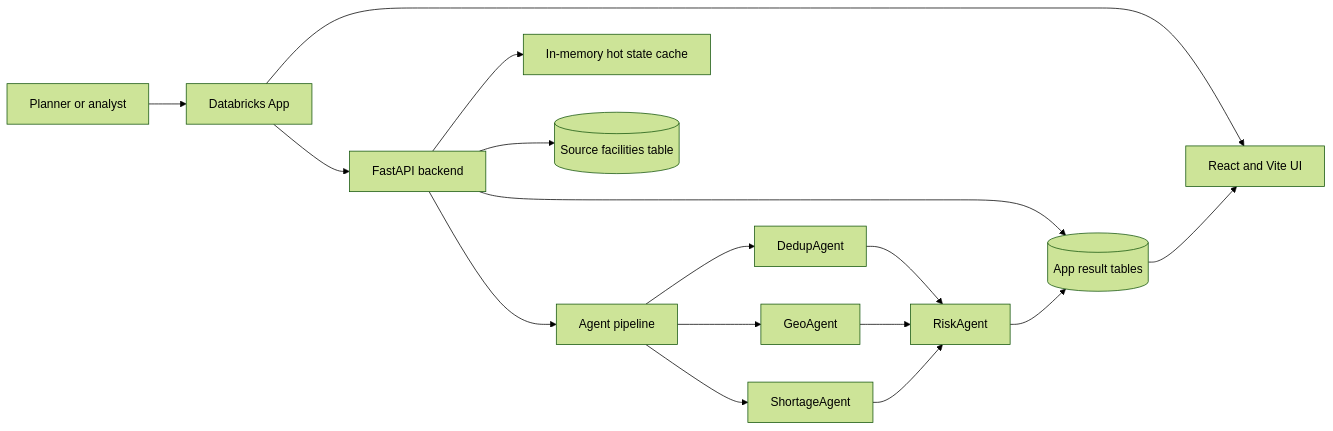
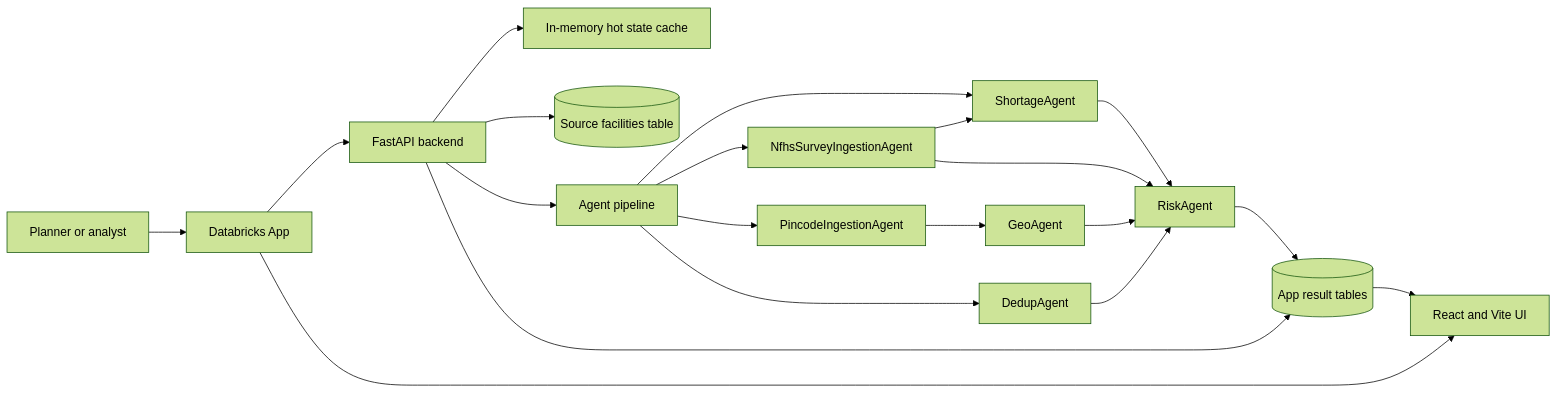
Before and after one commit to motobob/dbx_hack_doctors: the second of 5 diagrams in README.md, drawn with Mermaid (forest theme). The commit also changed other lines of this file and 40 other files, not shown here.

````diff
--- a/README.md
+++ b/README.md
@@ -144,18 +154,22 @@
 ```mermaid
 flowchart LR
   user[Planner or analyst] --> app[Databricks App]
   app --> ui[React and Vite UI]
   app --> api[FastAPI backend]
   api --> cache[In-memory hot state cache]
   api --> source[(Source facilities table)]
   api --> result[(App result tables)]
   api --> pipe[Agent pipeline]
+  pipe --> pin[PincodeIngestionAgent]
+  pipe --> nfhs[NfhsSurveyIngestionAgent]
   pipe --> dedup[DedupAgent]
-  pipe --> geo[GeoAgent]
+  pin --> geo[GeoAgent]
+  nfhs --> shortage[ShortageAgent]
   pipe --> shortage[ShortageAgent]
   dedup --> risk[RiskAgent]
   geo --> risk
+  nfhs --> risk
   shortage --> risk
   risk --> result
   result --> ui
 ```
````
